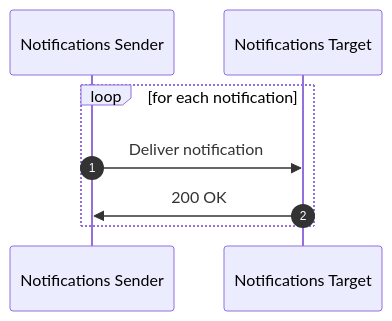
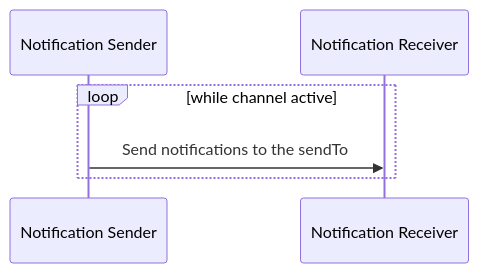
Before and after one commit to solid/notifications: the diagram in notifications-flow-target.mmd, drawn with Mermaid. The commit also changed 2 other files, not shown here.

Commit message:
update sequence diagrams

```diff
--- a/notifications-flow-target.mmd
+++ b/notifications-flow-target.mmd
@@ -1,9 +1,7 @@
 sequenceDiagram
-  autonumber
-  participant Notifications Sender
-  participant Notifications Target
+  participant Notification Sender
+  participant Notification Receiver
 
-  loop for each notification
-    Notifications Sender ->> Notifications Target: Deliver notification
-    Notifications Target ->> Notifications Sender: 200 OK
+  loop while channel active
+    Notification Sender ->> Notification Receiver: Send notifications to the sendTo
   end
```
